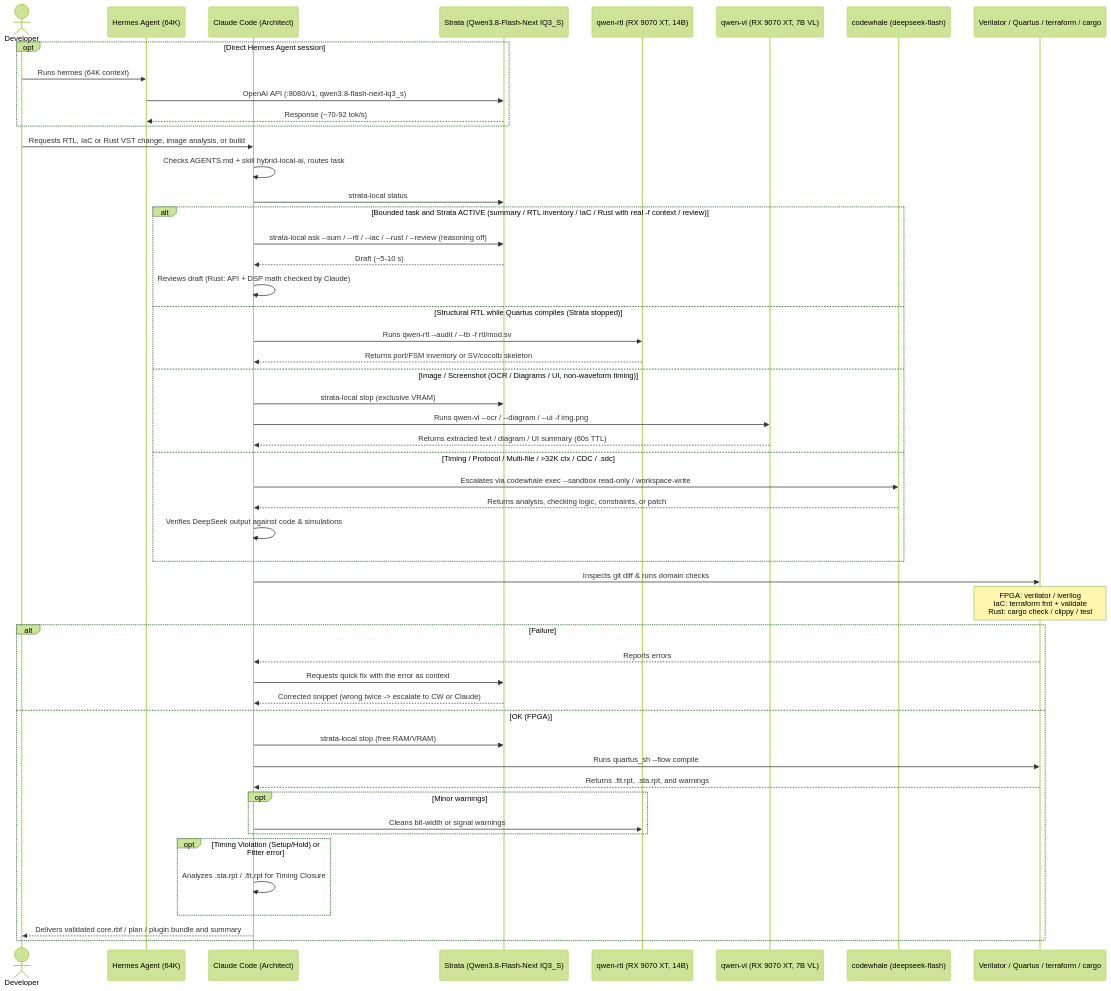
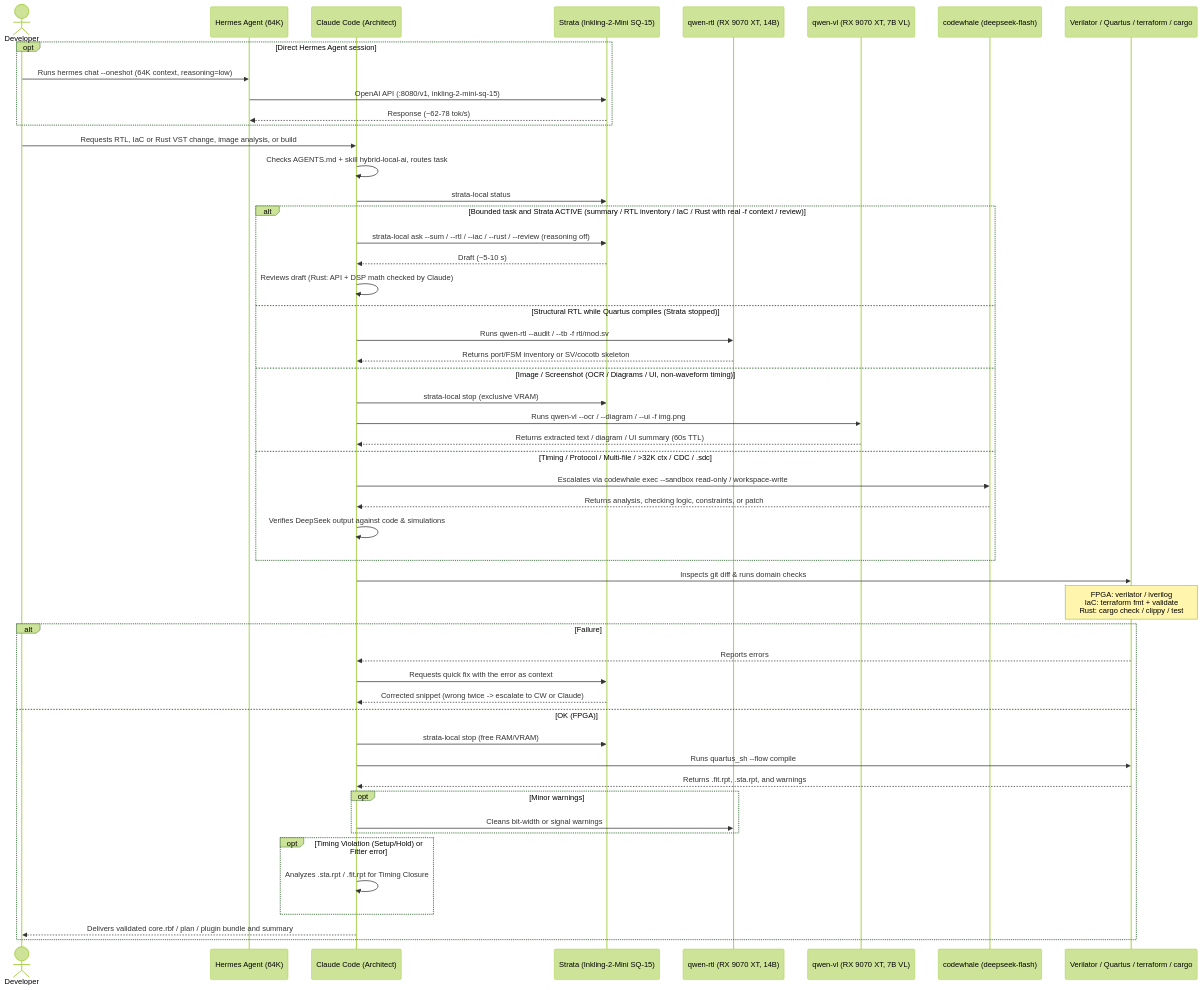
The second of 3 diagrams in docs/ai-fpga-workflow.md (DanimanX/9070FpgaIAWorkflow), drawn with Mermaid (forest theme) before and after one commit. The commit also changed other lines of this file and 5 other files, not shown here.

Commit message:
docs(strata): switch default model to Inkling-2-Mini SQ-15 and update workflow diagrams

````diff
--- a/docs/ai-fpga-workflow.md
+++ b/docs/ai-fpga-workflow.md
@@ -52,58 +52,58 @@
 ```mermaid
 sequenceDiagram
     actor Dev as Developer
     participant Hermes as Hermes Agent (64K)
     participant Claude as Claude Code (Architect)
-    participant Strata as Strata (Qwen3.8-Flash-Next IQ3_S)
+    participant Strata as Strata (Inkling-2-Mini SQ-15)
     participant Qwen as qwen-rtl (RX 9070 XT, 14B)
     participant QwenVL as qwen-vl (RX 9070 XT, 7B VL)
     participant CW as codewhale (deepseek-flash)
     participant Tools as Verilator / Quartus / terraform / cargo
 
     opt Direct Hermes Agent session
-        Dev->>Hermes: Runs hermes (64K context)
-        Hermes->>Strata: OpenAI API (:8080/v1, qwen3.8-flash-next-iq3_s)
-        Strata-->>Hermes: Response (~70-92 tok/s)
+        Dev->>Hermes: Runs hermes chat --oneshot (64K context, reasoning=low)
+        Hermes->>Strata: OpenAI API (:8080/v1, inkling-2-mini-sq-15)
+        Strata-->>Hermes: Response (~62-78 tok/s)
     end
 
     Dev->>Claude: Requests RTL, IaC or Rust VST change, image analysis, or build
     Claude->>Claude: Checks AGENTS.md + skill hybrid-local-ai, routes task
     Claude->>Strata: strata-local status
 
     alt Bounded task and Strata ACTIVE (summary / RTL inventory / IaC / Rust with real -f context / review)
         Claude->>Strata: strata-local ask --sum / --rtl / --iac / --rust / --review (reasoning off)
         Strata-->>Claude: Draft (~5-10 s)
         Claude->>Claude: Reviews draft (Rust: API + DSP math checked by Claude)
     else Structural RTL while Quartus compiles (Strata stopped)
         Claude->>Qwen: Runs qwen-rtl --audit / --tb -f rtl/mod.sv
         Qwen-->>Claude: Returns port/FSM inventory or SV/cocotb skeleton
     else Image / Screenshot (OCR / Diagrams / UI, non-waveform timing)
         Claude->>Strata: strata-local stop (exclusive VRAM)
         Claude->>QwenVL: Runs qwen-vl --ocr / --diagram / --ui -f img.png
         QwenVL-->>Claude: Returns extracted text / diagram / UI summary (60s TTL)
     else Timing / Protocol / Multi-file / >32K ctx / CDC / .sdc
         Claude->>CW: Escalates via codewhale exec --sandbox read-only / workspace-write
         CW-->>Claude: Returns analysis, checking logic, constraints, or patch
         Claude->>Claude: Verifies DeepSeek output against code & simulations
     end
 
     Claude->>Tools: Inspects git diff & runs domain checks
     Note over Tools: FPGA: verilator / iverilog<br/>IaC: terraform fmt + validate<br/>Rust: cargo check / clippy / test
 
     alt Failure
         Tools-->>Claude: Reports errors
         Claude->>Strata: Requests quick fix with the error as context
         Strata-->>Claude: Corrected snippet (wrong twice -> escalate to CW or Claude)
     else OK (FPGA)
         Claude->>Strata: strata-local stop (free RAM/VRAM)
         Claude->>Tools: Runs quartus_sh --flow compile
         Tools-->>Claude: Returns .fit.rpt, .sta.rpt, and warnings
         opt Minor warnings
             Claude->>Qwen: Cleans bit-width or signal warnings
         end
         opt Timing Violation (Setup/Hold) or Fitter error
             Claude->>Claude: Analyzes .sta.rpt / .fit.rpt for Timing Closure
         end
         Claude-->>Dev: Delivers validated core.rbf / plan / plugin bundle and summary
     end
 ```
````
